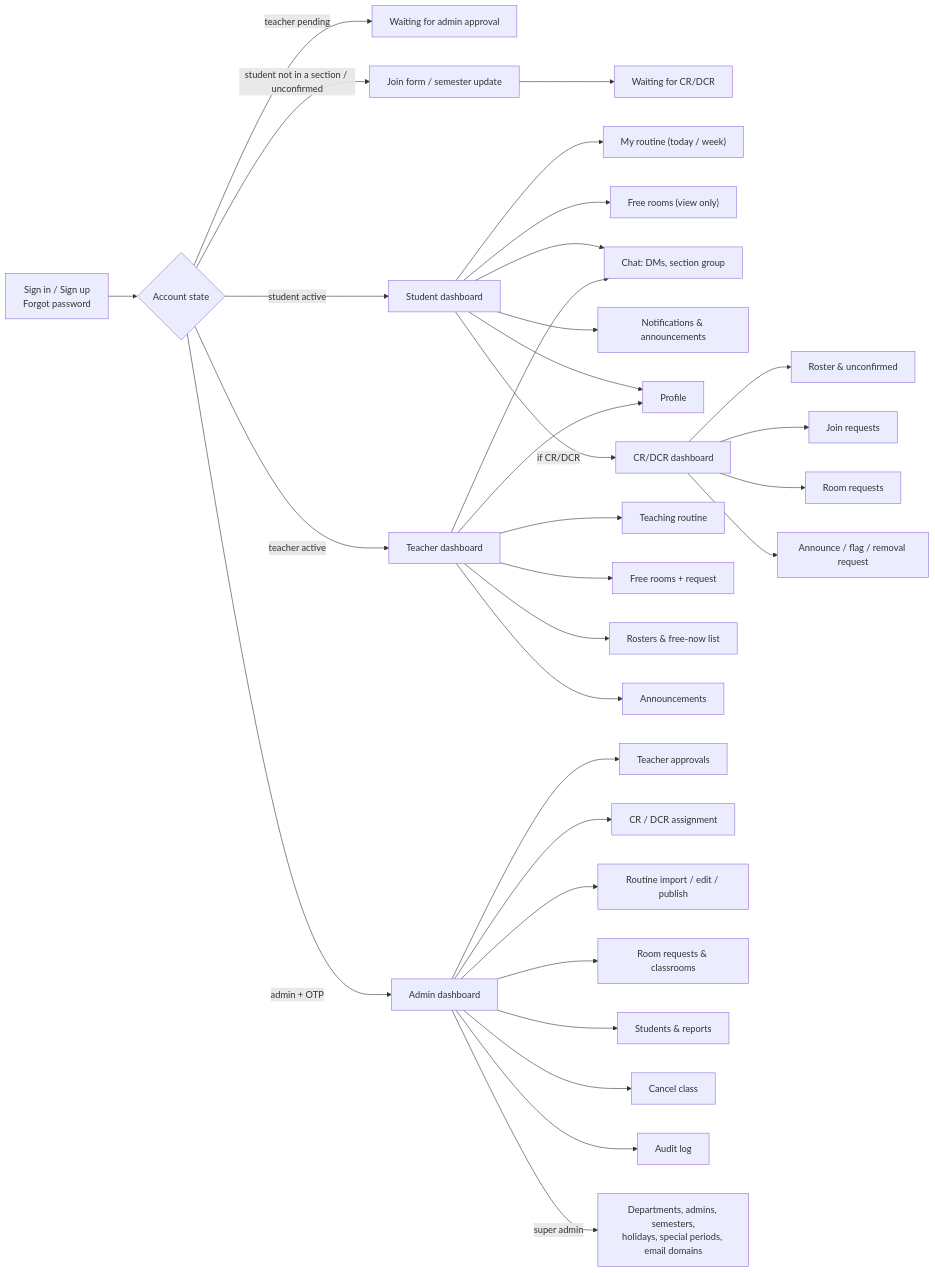
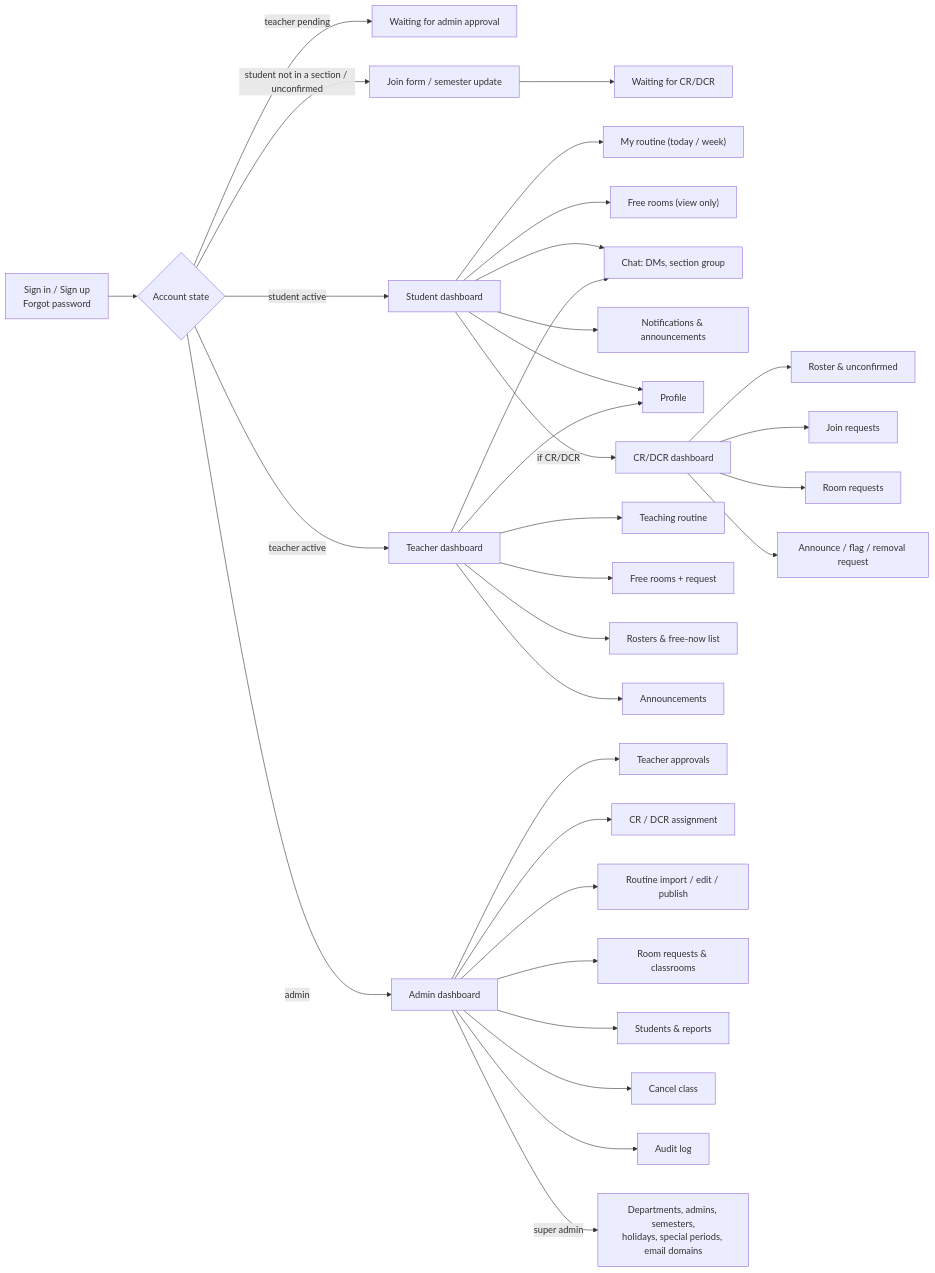
Before and after one commit to chinmoy567/Class-and-Routin-Management-Web-App: the diagram in DOCUMENTS/src/24-sitemap.mmd, drawn with Mermaid. The commit also changed 4 other files, not shown here.

Commit message:
docs: remove admin OTP from the diagram sources and README

```diff
--- a/DOCUMENTS/src/24-sitemap.mmd
+++ b/DOCUMENTS/src/24-sitemap.mmd
@@ -1,35 +1,35 @@
 %% Sitemap / navigation by role
 flowchart LR
   Login["Sign in / Sign up<br/>Forgot password"] --> Gate{Account state}
   Gate -- "teacher pending" --> Wait1["Waiting for admin approval"]
   Gate -- "student not in a section / unconfirmed" --> Join["Join form / semester update"] --> Wait2["Waiting for CR/DCR"]
   Gate -- "student active" --> SD["Student dashboard"]
   Gate -- "teacher active" --> TD["Teacher dashboard"]
-  Gate -- "admin + OTP" --> AD["Admin dashboard"]
+  Gate -- "admin" --> AD["Admin dashboard"]
 
   SD --> S1["My routine (today / week)"]
   SD --> S2["Free rooms (view only)"]
   SD --> S3["Chat: DMs, section group"]
   SD --> S4["Notifications & announcements"]
   SD --> S5["Profile"]
   SD -- "if CR/DCR" --> CD["CR/DCR dashboard"]
   CD --> C1["Roster & unconfirmed"]
   CD --> C2["Join requests"]
   CD --> C3["Room requests"]
   CD --> C4["Announce / flag / removal request"]
 
   TD --> T1["Teaching routine"]
   TD --> T2["Free rooms + request"]
   TD --> T3["Rosters & free-now list"]
   TD --> T4["Announcements"]
   TD --> S3
   TD --> S5
 
   AD --> A1["Teacher approvals"]
   AD --> A2["CR / DCR assignment"]
   AD --> A3["Routine import / edit / publish"]
   AD --> A4["Room requests & classrooms"]
   AD --> A5["Students & reports"]
   AD --> A6["Cancel class"]
   AD --> A7["Audit log"]
   AD -- "super admin" --> SA["Departments, admins, semesters,<br/>holidays, special periods, email domains"]
```
